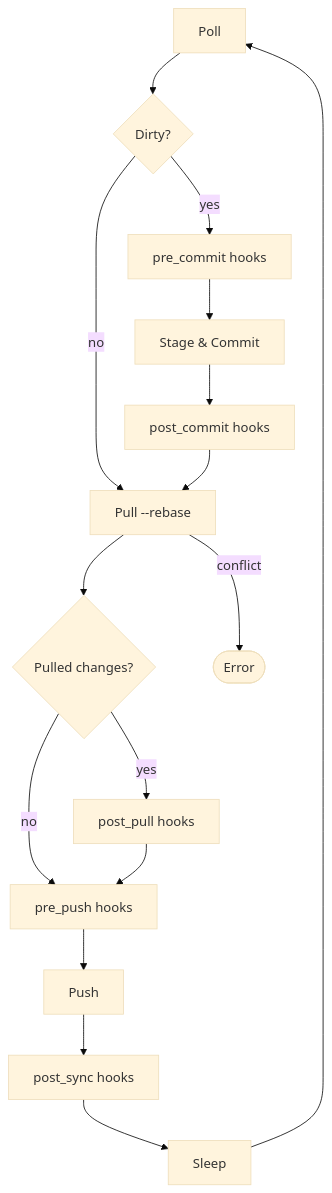
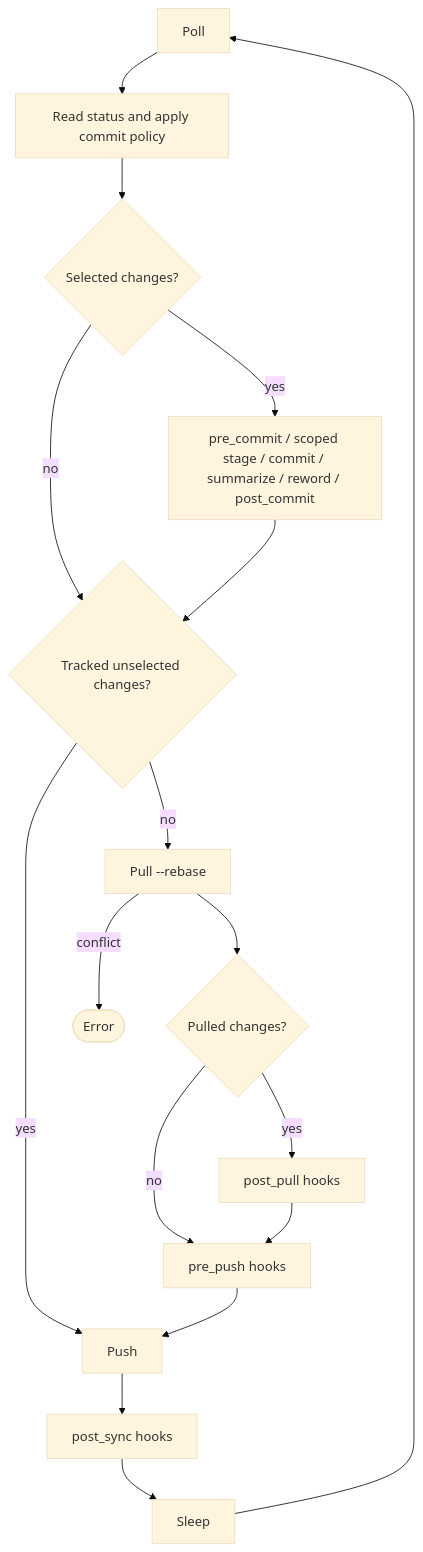
Before and after one commit to michaelquigley/sexton: the first of 2 diagrams in README.md, drawn with Mermaid (base theme). The commit also changed other lines of this file and 25 other files, not shown here.

Commit message:
commit-policy: stage 4

````diff
--- a/README.md
+++ b/README.md
@@ -13,18 +13,19 @@
 ```mermaid
 flowchart TD
-    poll[Poll] --> dirty{Dirty?}
-    dirty -- no --> pull
-    dirty -- yes --> pre_commit[pre_commit hooks]
-    pre_commit --> commit[Stage & Commit]
-    commit --> post_commit[post_commit hooks]
-    post_commit --> pull[Pull --rebase]
+    poll[Poll] --> partition[Read status and apply commit policy]
+    partition --> selected{Selected changes?}
+    selected -- yes --> commit[pre_commit / scoped stage / commit / summarize / reword / post_commit]
+    selected -- no --> attention
+    commit --> attention{Tracked unselected changes?}
+    attention -- yes --> push
+    attention -- no --> pull[Pull --rebase]
     pull --> pulled{Pulled changes?}
     pulled -- yes --> post_pull[post_pull hooks]
     pulled -- no --> pre_push[pre_push hooks]
     post_pull --> pre_push[pre_push hooks]
     pre_push --> push[Push]
     push --> post_sync[post_sync hooks]
     post_sync --> sleep[Sleep]
     sleep --> poll
     pull -- conflict --> error([Error])
 ```
````
